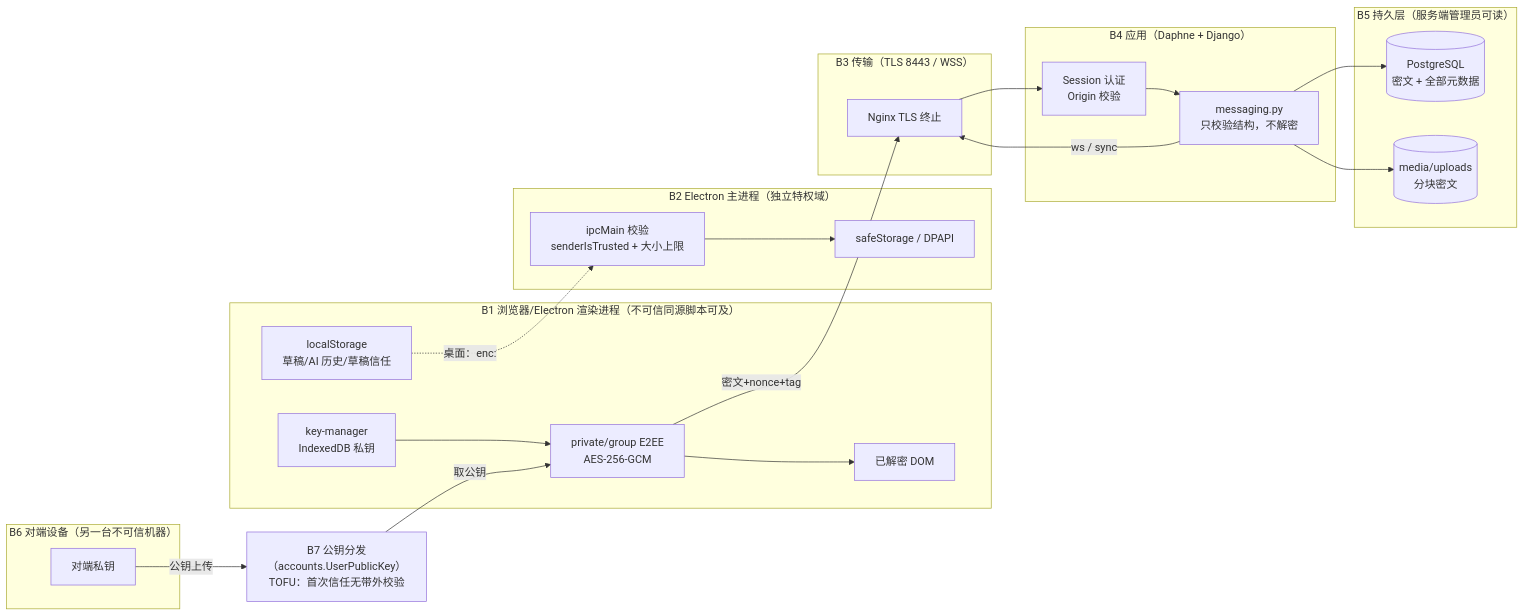
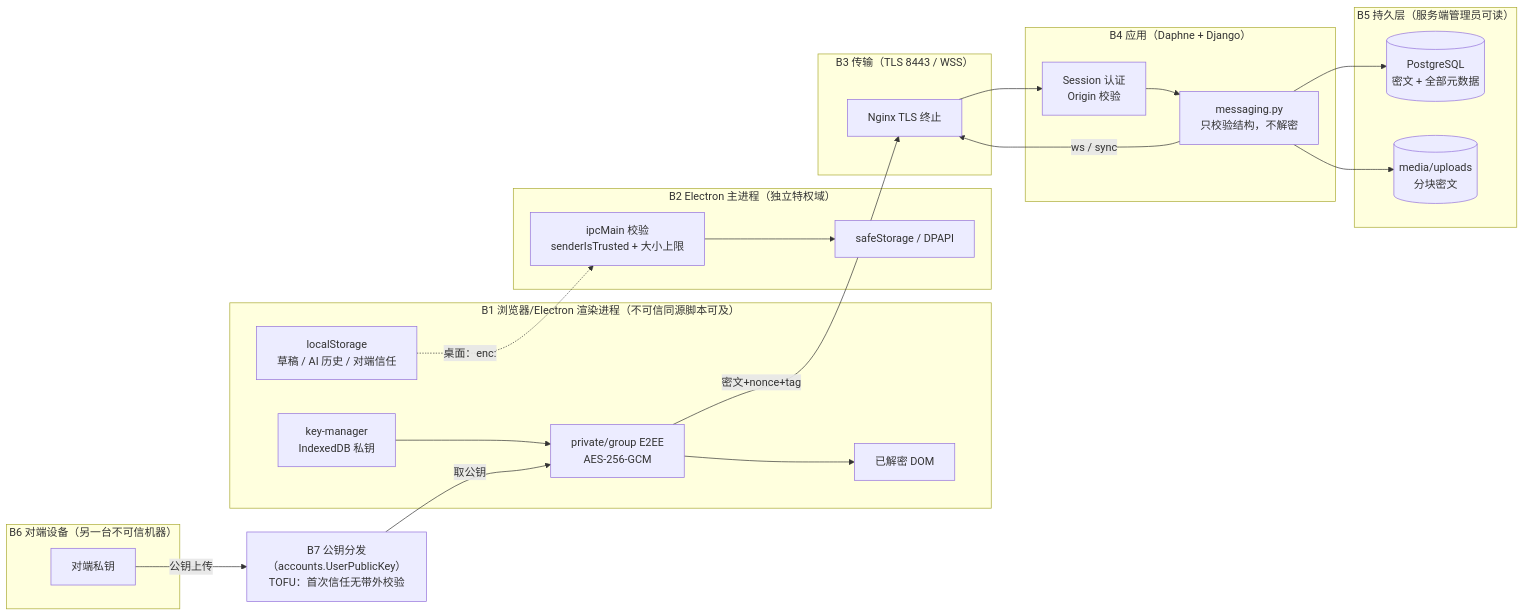
The first of 2 diagrams in docs/phase4/e2ee-threat-model.md (HeanX/iChat_Pro), drawn with Mermaid before and after one commit. The commit also changed other lines of this file, not shown here.

Commit message:
docs(security): fix mermaid label and placeholder escaping in E2EE threat model
Two rendering defects: a duplicated word in the localStorage node label, and an unescaped <id> placeholder that GitHub would swallow as an HTML tag. Refs #165

````diff
--- a/docs/phase4/e2ee-threat-model.md
+++ b/docs/phase4/e2ee-threat-model.md
@@ -83,45 +83,45 @@
 ```mermaid
 flowchart LR
     subgraph B1["B1 浏览器/Electron 渲染进程（不可信同源脚本可及）"]
         KM["key-manager<br/>IndexedDB 私钥"]
         E2EE["private/group E2EE<br/>AES-256-GCM"]
-        KV["localStorage<br/>草稿/AI 历史/草稿信任"]
+        KV["localStorage<br/>草稿 / AI 历史 / 对端信任"]
         DOM["已解密 DOM"]
     end
 
     subgraph B2["B2 Electron 主进程（独立特权域）"]
         SS["safeStorage / DPAPI"]
         IPC["ipcMain 校验<br/>senderIsTrusted + 大小上限"]
     end
 
     subgraph B3["B3 传输（TLS 8443 / WSS）"]
         TLS["Nginx TLS 终止"]
     end
 
     subgraph B4["B4 应用（Daphne + Django）"]
         AUTH["Session 认证<br/>Origin 校验"]
         SVC["messaging.py<br/>只校验结构，不解密"]
     end
 
     subgraph B5["B5 持久层（服务端管理员可读）"]
         PG[("PostgreSQL<br/>密文 + 全部元数据")]
         MEDIA[("media/uploads<br/>分块密文")]
     end
 
     subgraph B6["B6 对端设备（另一台不可信机器）"]
         PEER["对端私钥"]
     end
 
     B7["B7 公钥分发（accounts.UserPublicKey）<br/>TOFU：首次信任无带外校验"]
 
     KM --> E2EE
     E2EE -->|"密文+nonce+tag"| TLS
     E2EE --> DOM
     KV -.->|"桌面：enc:"| IPC
     IPC --> SS
     TLS --> AUTH --> SVC --> PG
     SVC --> MEDIA
     SVC -->|"ws / sync"| TLS
     PEER -->|"公钥上传"| B7
     B7 -->|"取公钥"| E2EE
 ```
````
